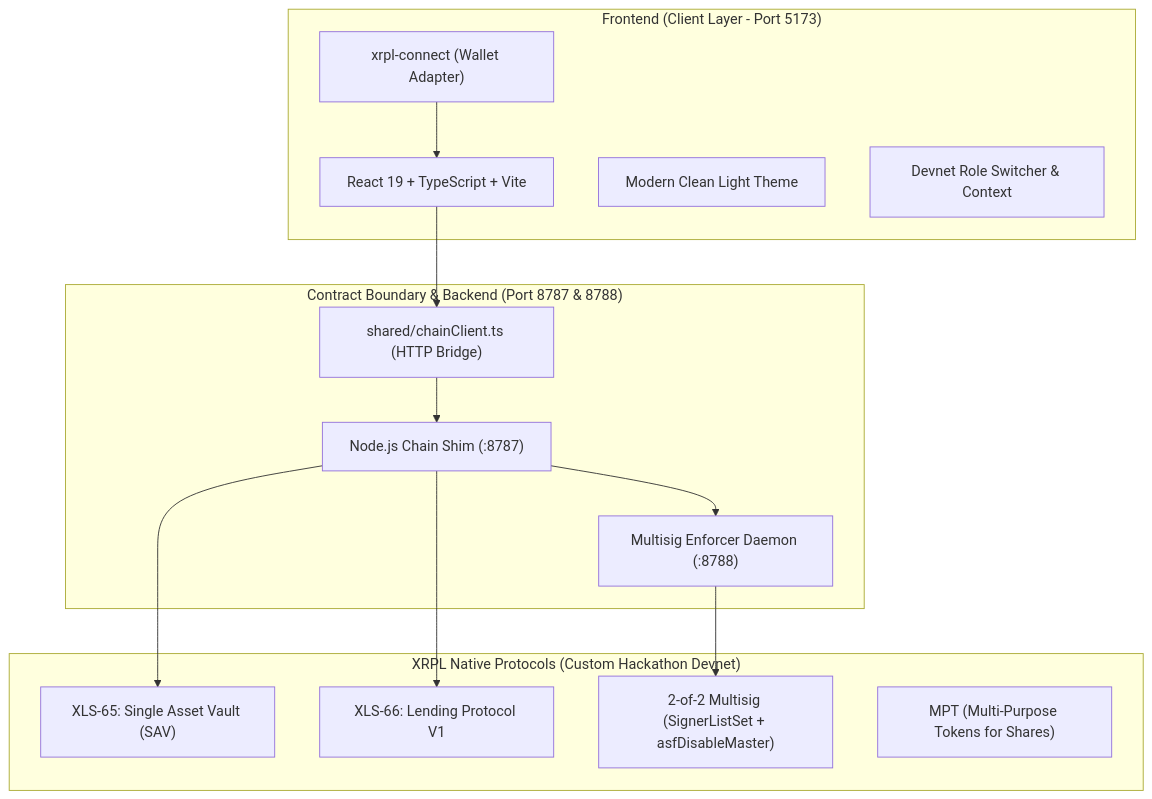
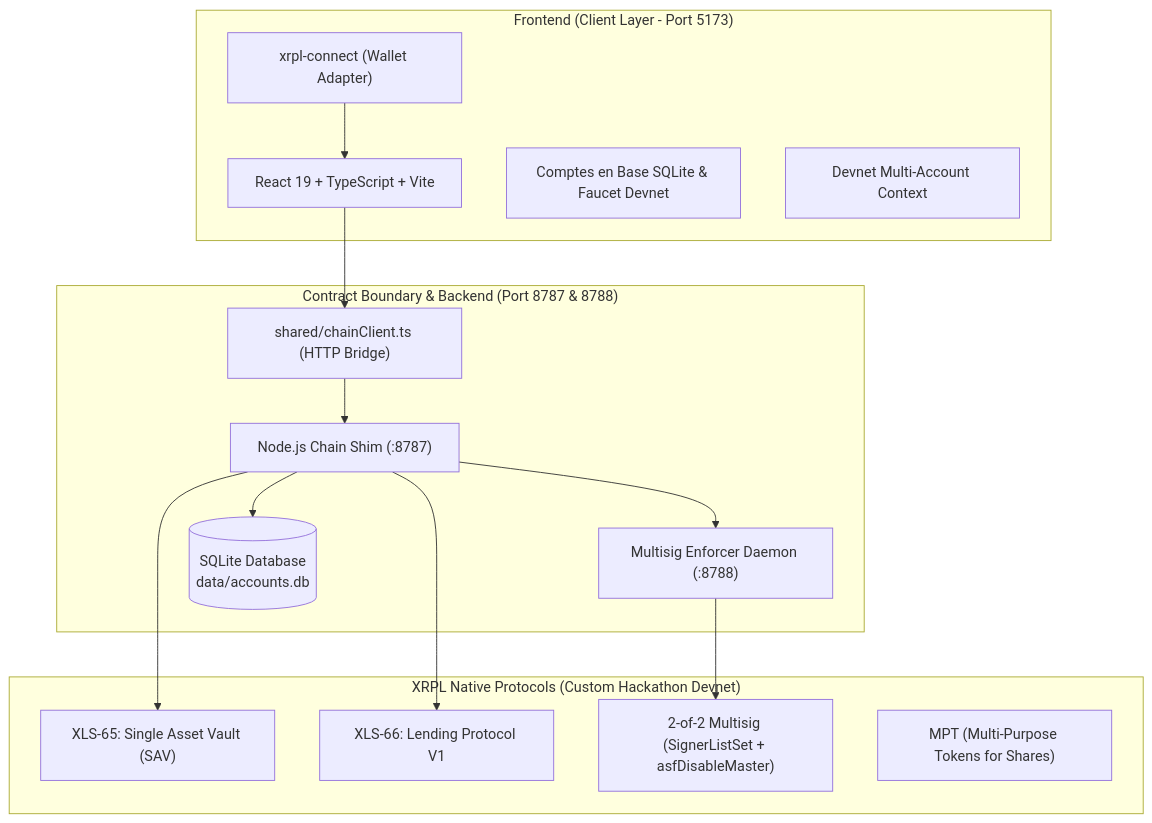
One commit to G4SP4RDDB/AT1_XRPL changed the diagram in docs/tech-stack.md. Above: the diagram before and after it, drawn with Mermaid. The commit also changed other lines of this file and 2 other files, not shown here.

Commit message:
docs: document zero-custody broker architecture, sqlite client db, and borrower operator separation

````diff
--- a/docs/tech-stack.md
+++ b/docs/tech-stack.md
@@ -9,30 +9,32 @@
 ```mermaid
 flowchart TD
     subgraph UI ["Frontend (Client Layer - Port 5173)"]
         React["React 19 + TypeScript + Vite"]
         XRPLConnect["xrpl-connect (Wallet Adapter)"]
-        UITheme["Modern Clean Light Theme"]
-        WalletCtx["Devnet Role Switcher & Context"]
+        DbSelector["Comptes en Base SQLite & Faucet Devnet"]
+        WalletCtx["Devnet Multi-Account Context"]
     end
 
     subgraph API ["Contract Boundary & Backend (Port 8787 & 8788)"]
         SharedClient["shared/chainClient.ts (HTTP Bridge)"]
         ChainServer["Node.js Chain Shim (:8787)"]
         Enforcer["Multisig Enforcer Daemon (:8788)"]
+        SQLiteDB[("SQLite Database\ndata/accounts.db")]
     end
 
     subgraph Ledger ["XRPL Native Protocols (Custom Hackathon Devnet)"]
         XLS65["XLS-65: Single Asset Vault (SAV)"]
         XLS66["XLS-66: Lending Protocol V1"]
         Multisig["2-of-2 Multisig (SignerListSet + asfDisableMaster)"]
         MPT["MPT (Multi-Purpose Tokens for Shares)"]
     end
 
     React --> SharedClient
     XRPLConnect --> React
     SharedClient --> ChainServer
+    ChainServer --> SQLiteDB
     ChainServer --> Enforcer
     ChainServer --> XLS65
     ChainServer --> XLS66
     Enforcer --> Multisig
 ```
````
